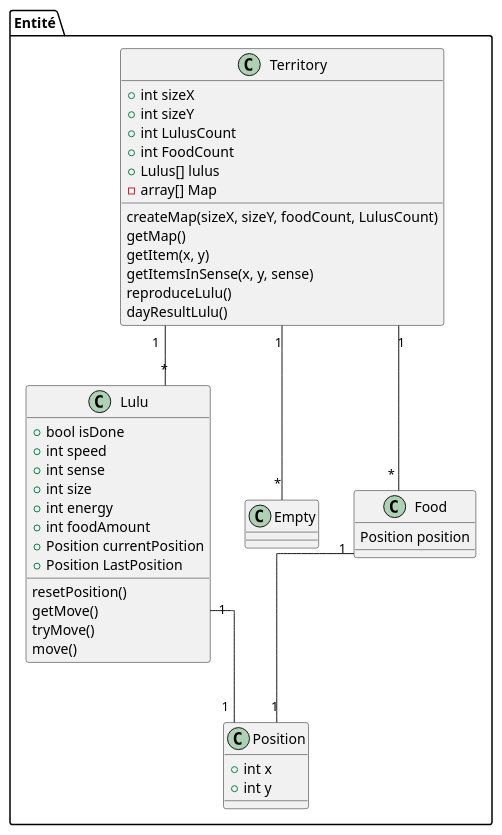
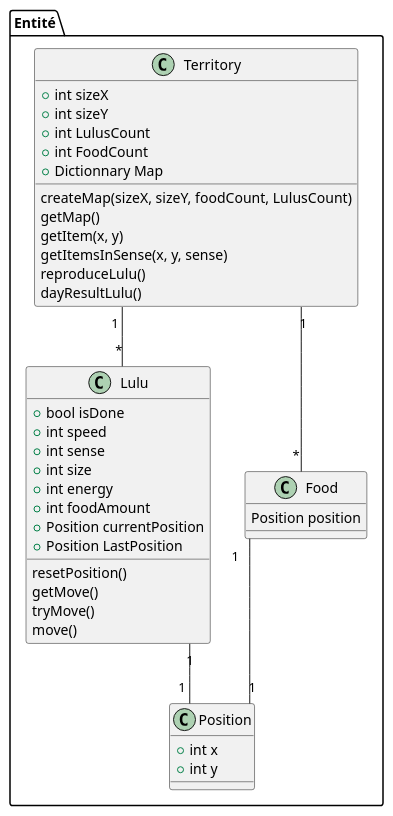
The diagram in Documentation/Analyse/details.md (SamuelGuerin/GrandsProphetes), drawn with PlantUML before and after one commit.

Commit message:
Update diagramme de classes

````diff
--- a/Documentation/Analyse/details.md
+++ b/Documentation/Analyse/details.md
@@ -3,58 +3,54 @@
 ```plantuml
 @startuml
 top to bottom direction
 skinparam linetype ortho
 package Entité {
     class "Lulu" as lulu {
         + bool isDone
         + int speed
         + int sense
         + int size
         + int energy
         + int foodAmount
         + Position currentPosition
         + Position LastPosition
 
         resetPosition()
         getMove()
         tryMove()
         move()
     }
 
-    class "Empty" as vide {
-    }
 
     class "Food" as nourriture {
         Position position
     }
 
     class "Territory" as territoire {
         + int sizeX
         + int sizeY
         + int LulusCount
         + int FoodCount
-        + Lulus[] lulus
-        - array[] Map
+        + Dictionnary Map
 
         createMap(sizeX, sizeY, foodCount, LulusCount)
         getMap()
         getItem(x, y)
         getItemsInSense(x, y, sense)
         reproduceLulu()
         dayResultLulu()
     }
 
     class "Position" as position {
         + int x
         + int y
     }
 }
 
 territoire "1" -- "*" lulu
 territoire "1" -- "*" nourriture
-territoire "1" -- "*" vide
 
 lulu "1" -- "1" position
 nourriture "1" -- "1" position
 
 ```
````
